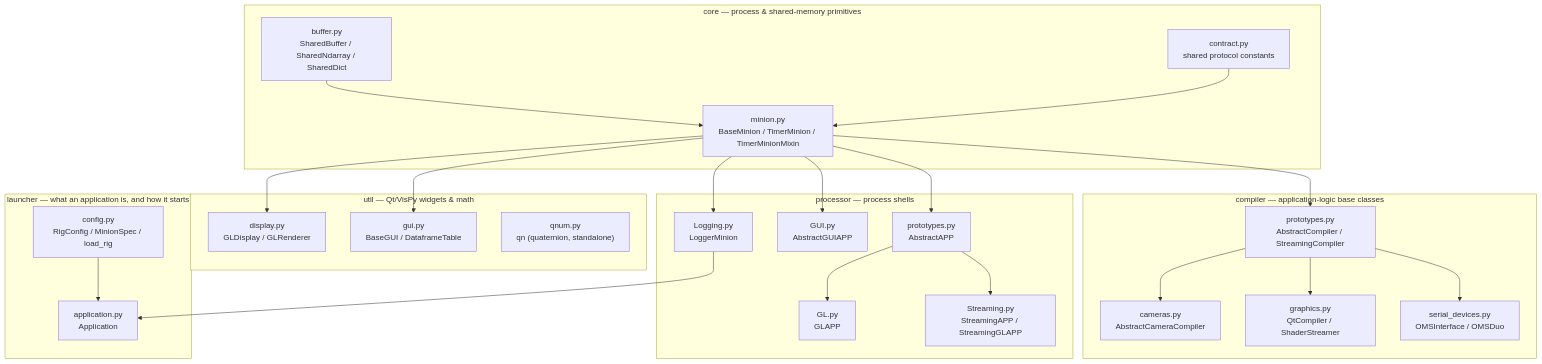
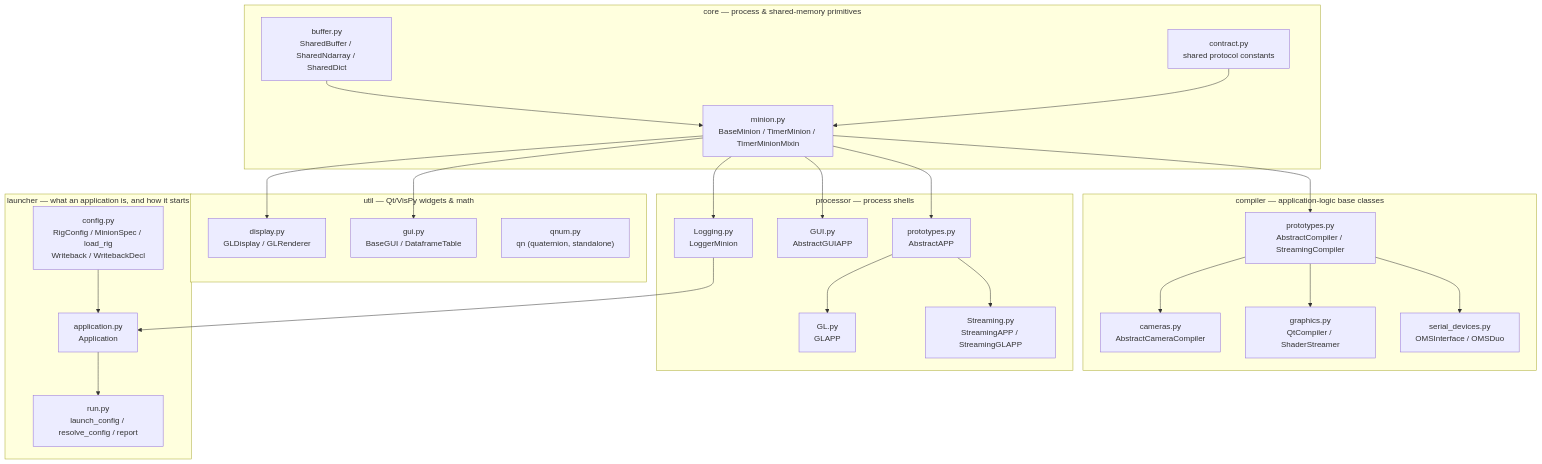
One commit to nash-yzhang/miniPoly changed the first of 2 diagrams in docs/architecture.md. Above: the diagram before and after it, drawn with Mermaid. The commit also changed 15 other files, not shown here.

````diff
--- a/docs/architecture.md
+++ b/docs/architecture.md
@@ -10,46 +10,48 @@
 ```mermaid
 graph TB
     subgraph core["core — process & shared-memory primitives"]
         buffer["buffer.py<br/>SharedBuffer / SharedNdarray / SharedDict"]
         minion["minion.py<br/>BaseMinion / TimerMinion / TimerMinionMixin"]
         contract["contract.py<br/>shared protocol constants"]
     end
     subgraph compiler["compiler — application-logic base classes"]
         cproto["prototypes.py<br/>AbstractCompiler / StreamingCompiler"]
         cameras["cameras.py<br/>AbstractCameraCompiler"]
         graphics["graphics.py<br/>QtCompiler / ShaderStreamer"]
         serial["serial_devices.py<br/>OMSInterface / OMSDuo"]
     end
     subgraph processor["processor — process shells"]
         pproto["prototypes.py<br/>AbstractAPP"]
         gl["GL.py<br/>GLAPP"]
         gui["GUI.py<br/>AbstractGUIAPP"]
         logging_["Logging.py<br/>LoggerMinion"]
         streaming["Streaming.py<br/>StreamingAPP / StreamingGLAPP"]
     end
     subgraph util["util — Qt/VisPy widgets & math"]
         udisplay["display.py<br/>GLDisplay / GLRenderer"]
         ugui["gui.py<br/>BaseGUI / DataframeTable"]
         qnum["qnum.py<br/>qn (quaternion, standalone)"]
     end
     subgraph launcher["launcher — what an application is, and how it starts"]
-        lconfig["config.py<br/>RigConfig / MinionSpec / load_rig"]
+        lconfig["config.py<br/>RigConfig / MinionSpec / load_rig<br/>Writeback / WritebackDecl"]
         lapp["application.py<br/>Application"]
+        lrun["run.py<br/>launch_config / resolve_config / report"]
     end
 
     buffer --> minion
     contract --> minion
     minion --> cproto
     cproto --> cameras
     cproto --> graphics
     cproto --> serial
     minion --> pproto
     pproto --> gl
     pproto --> streaming
     minion --> gui
     minion --> logging_
     minion --> udisplay
     minion --> ugui
     lconfig --> lapp
     logging_ --> lapp
+    lapp --> lrun
 ```
````
